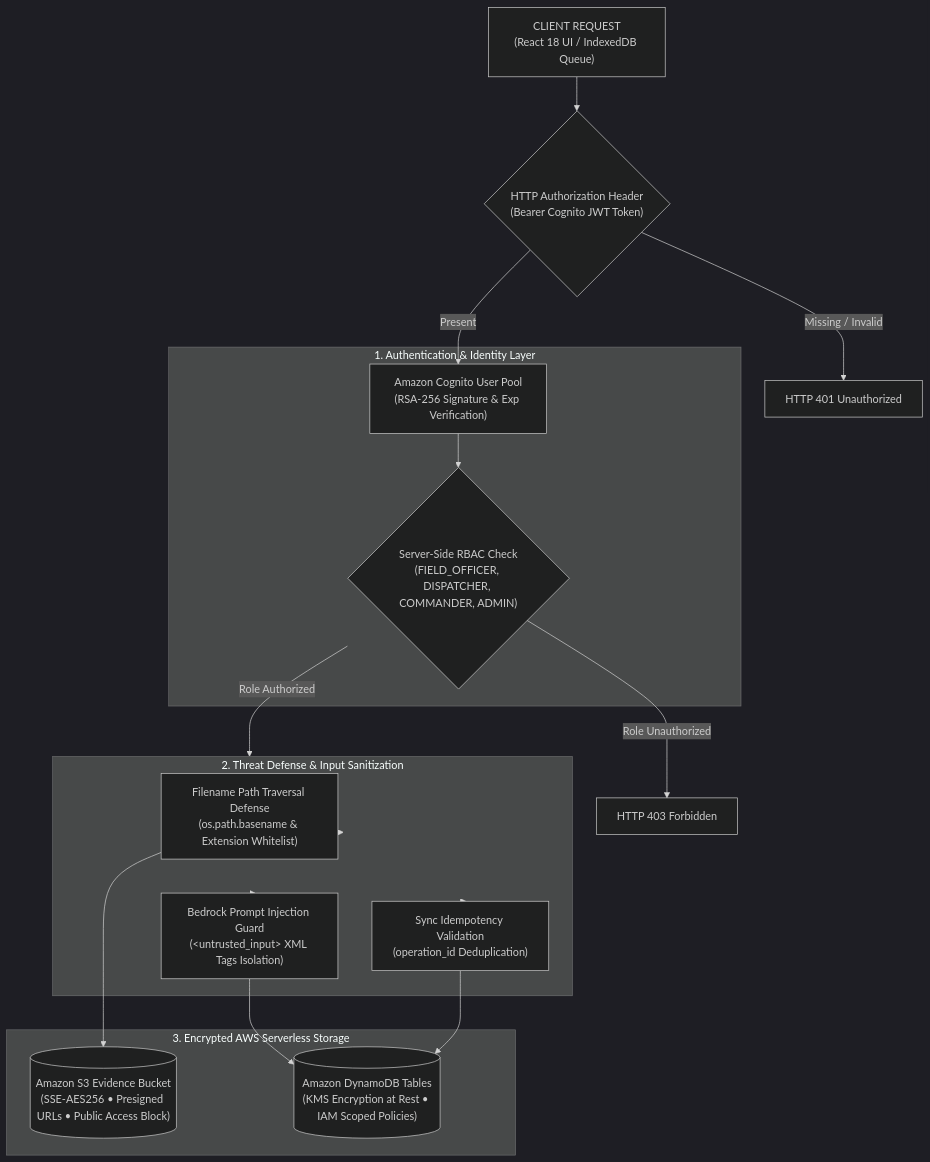
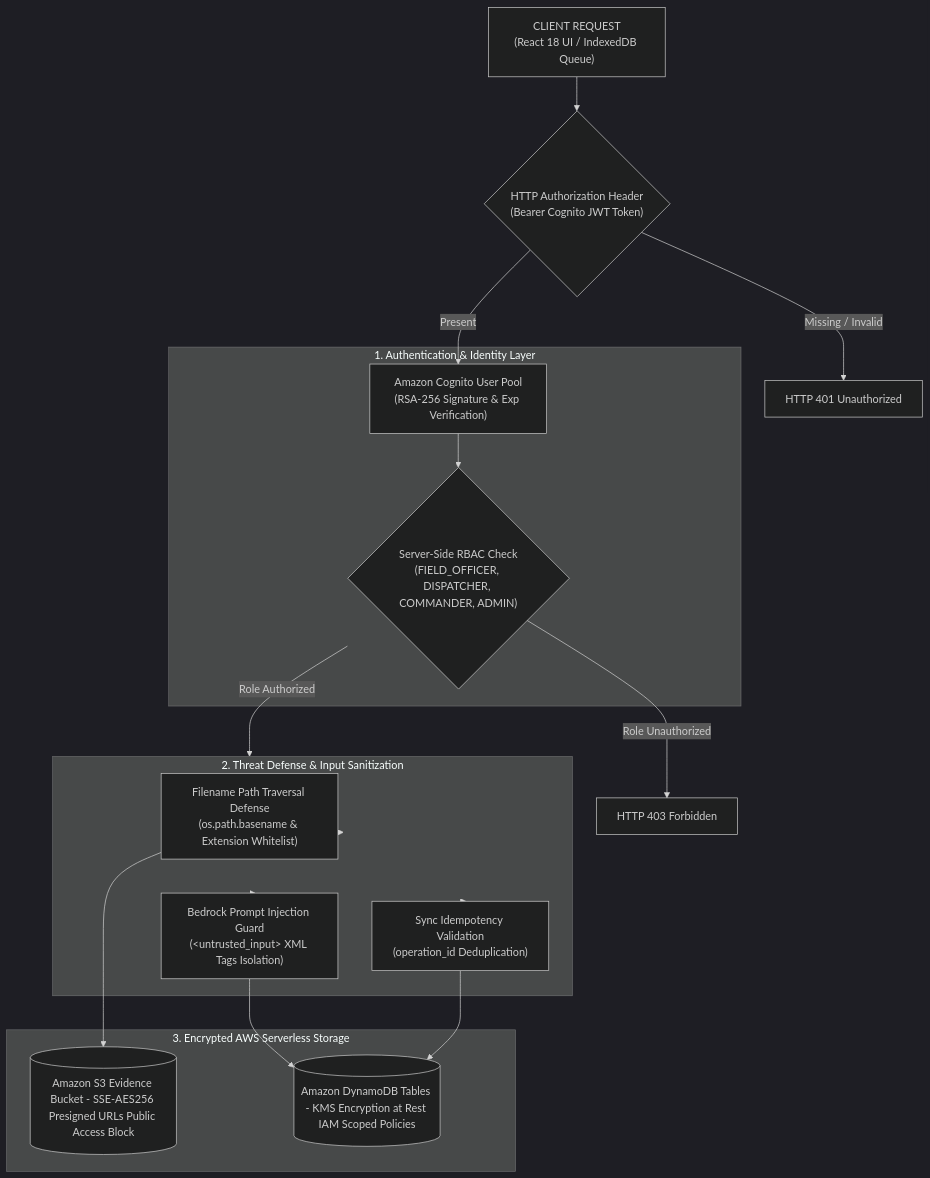
The diagram in docs/SECURITY.md (Hritik983567-Art/NERIS), drawn with Mermaid (dark theme) before and after one commit. The commit also changed 7 other files, not shown here.

Commit message:
fix(docs): resolve parse error in Bedrock workflow Mermaid diagram by quoting pipe labels and sanitizing cylinder nodes

````diff
--- a/docs/SECURITY.md
+++ b/docs/SECURITY.md
@@ -20,36 +20,36 @@
 ```mermaid
 flowchart TD
     Client["CLIENT REQUEST<br/>(React 18 UI / IndexedDB Queue)"]
     TokenHeader{"HTTP Authorization Header<br/>(Bearer Cognito JWT Token)"}
 
     subgraph AuthLayer["1. Authentication & Identity Layer"]
         CognitoPool["Amazon Cognito User Pool<br/>(RSA-256 Signature & Exp Verification)"]
         RBAC{"Server-Side RBAC Check<br/>(FIELD_OFFICER, DISPATCHER, COMMANDER, ADMIN)"}
     end
 
     subgraph DefenseLayer["2. Threat Defense & Input Sanitization"]
         PathSanitize["Filename Path Traversal Defense<br/>(os.path.basename & Extension Whitelist)"]
         PromptGuard["Bedrock Prompt Injection Guard<br/>(&lt;untrusted_input&gt; XML Tags Isolation)"]
         IdempotencyCheck["Sync Idempotency Validation<br/>(operation_id Deduplication)"]
     end
 
     subgraph DataSecurity["3. Encrypted AWS Serverless Storage"]
-        S3Presigned[("Amazon S3 Evidence Bucket<br/>(SSE-AES256 • Presigned URLs • Public Access Block)")]
-        DynamoKMS[("Amazon DynamoDB Tables<br/>(KMS Encryption at Rest • IAM Scoped Policies)")]
+        S3Presigned[("Amazon S3 Evidence Bucket - SSE-AES256 Presigned URLs Public Access Block")]
+        DynamoKMS[("Amazon DynamoDB Tables - KMS Encryption at Rest IAM Scoped Policies")]
     end
 
     Client --> TokenHeader
     TokenHeader -->|"Present"| CognitoPool
     TokenHeader -->|"Missing / Invalid"| Reject["HTTP 401 Unauthorized"]
     CognitoPool --> RBAC
     RBAC -->|"Role Authorized"| DefenseLayer
     RBAC -->|"Role Unauthorized"| Forbidden["HTTP 403 Forbidden"]
 
     DefenseLayer --> PathSanitize
     DefenseLayer --> PromptGuard
     DefenseLayer --> IdempotencyCheck
 
     PathSanitize --> S3Presigned
     PromptGuard --> DynamoKMS
     IdempotencyCheck --> DynamoKMS
 ```
````
